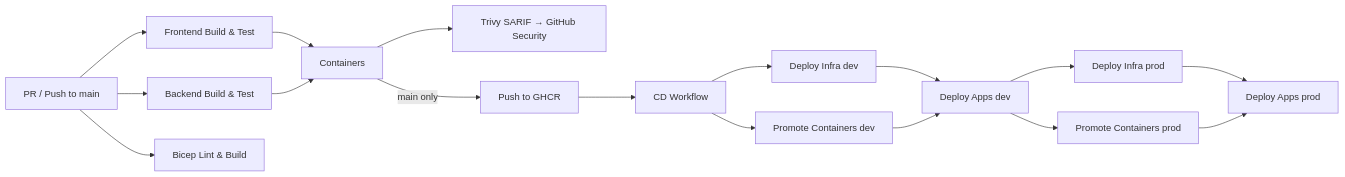
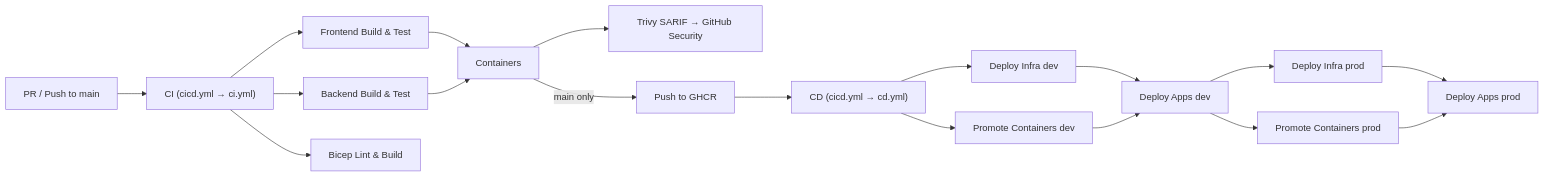
Before and after one commit to christopherhouse/Azure-Integration-Copilot: the second of 2 diagrams in README.md, drawn with Mermaid. The commit also changed other lines of this file and 2 other files, not shown here.

````diff
--- a/README.md
+++ b/README.md
@@ -258,20 +289,21 @@
 ```mermaid
 flowchart LR
-    A[PR / Push to main] --> B[Frontend Build & Test]
-    A --> C[Backend Build & Test]
-    A --> D[Bicep Lint & Build]
-    B --> E[Containers]
-    C --> E
+    A[PR / Push to main] --> B["CI (cicd.yml → ci.yml)"]
+    B --> B1[Frontend Build & Test]
+    B --> B2[Backend Build & Test]
+    B --> B3[Bicep Lint & Build]
+    B1 --> E[Containers]
+    B2 --> E
     E --> F[Trivy SARIF → GitHub Security]
     E -->|main only| G[Push to GHCR]
 
-    G --> CD[CD Workflow]
+    G --> CD["CD (cicd.yml → cd.yml)"]
     CD --> I1[Deploy Infra dev]
     CD --> I2[Promote Containers dev]
     I1 --> I3[Deploy Apps dev]
     I2 --> I3
     I3 --> I4[Deploy Infra prod]
     I3 --> I5[Promote Containers prod]
     I4 --> I6[Deploy Apps prod]
     I5 --> I6
 ```
````
